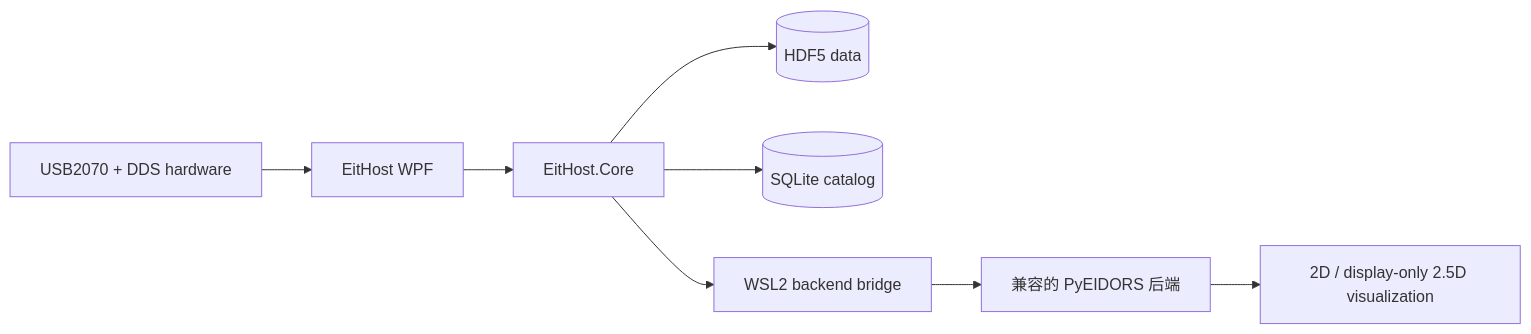
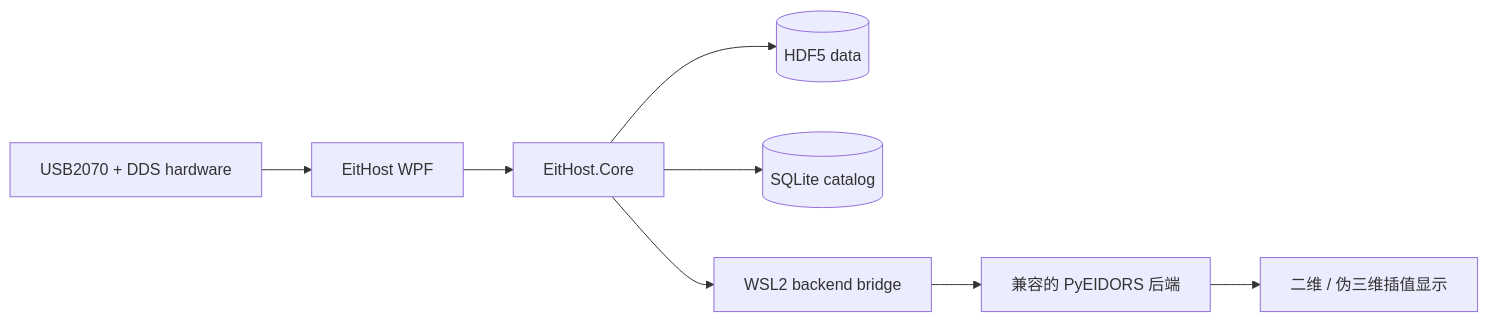
One commit to CBZ199671/EitHost changed the diagram in README.zh-CN.md. Above: the diagram before and after it, drawn with Mermaid. The commit also changed other lines of this file and 1 other file, not shown here.

First line of the commit message:
docs: describe pseudo-3D view and the single-directory release flow

````diff
--- a/README.zh-CN.md
+++ b/README.zh-CN.md
@@ -36,10 +36,10 @@
 ```mermaid
 flowchart LR
     H[USB2070 + DDS hardware] --> A[EitHost WPF]
     A --> C[EitHost.Core]
     C --> H5[(HDF5 data)]
     C --> DB[(SQLite catalog)]
     C --> B[WSL2 backend bridge]
     B --> P[兼容的 PyEIDORS 后端]
-    P --> V[2D / display-only 2.5D visualization]
+    P --> V[二维 / 伪三维插值显示]
 ```
````
